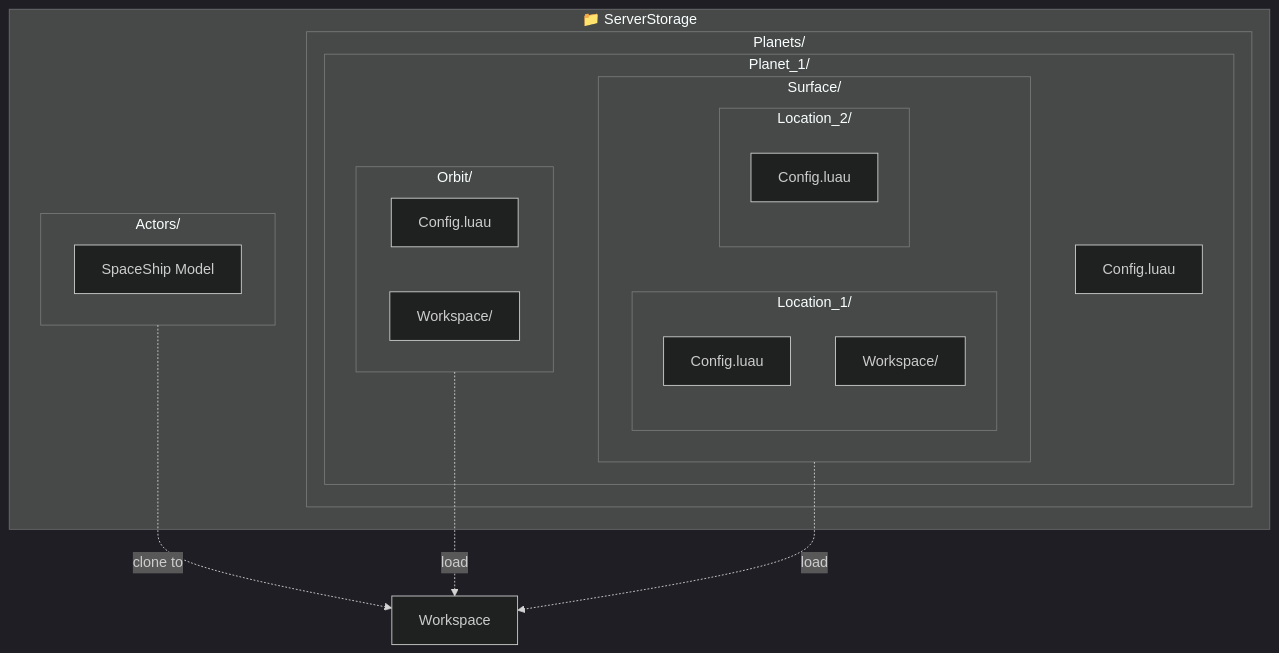
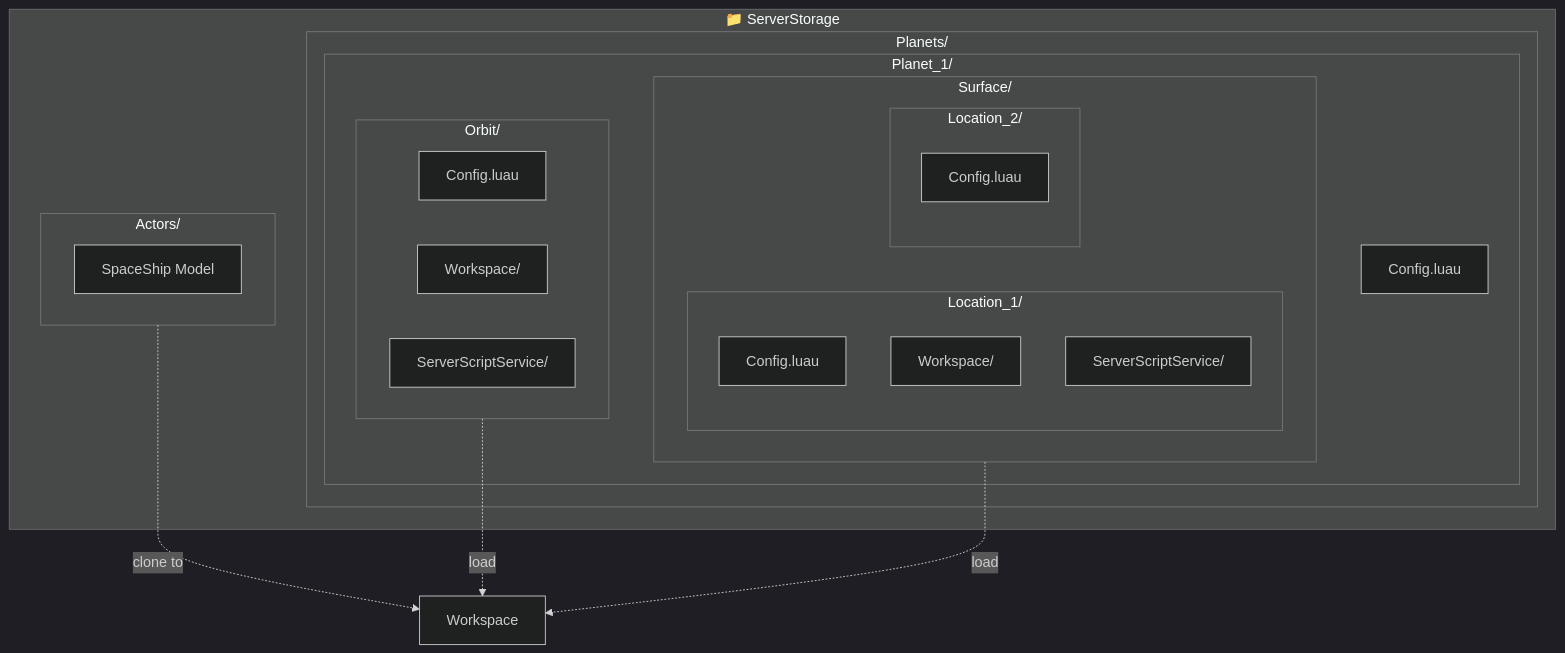
One commit to nick-fedchik/CallOfRelics changed the fifth of 11 diagrams in Docs/TechDesign/FOLDER_STRUCTURE.md. Above: the diagram before and after it, drawn with Mermaid (dark theme). The commit also changed other lines of this file and 2 other files, not shown here.

````diff
--- a/Docs/TechDesign/FOLDER_STRUCTURE.md
+++ b/Docs/TechDesign/FOLDER_STRUCTURE.md
@@ -241,33 +241,35 @@
 ```mermaid
 flowchart TB
     subgraph SS["📁 ServerStorage"]
         subgraph Actors["Actors/"]
             Ship[SpaceShip Model]
         end
 
         subgraph Planets["Planets/"]
             subgraph P1["Planet_1/"]
                 PC[Config.luau]
 
                 subgraph Orbit["Orbit/"]
                     OC[Config.luau]
                     OW[Workspace/]
+                    OSSS[ServerScriptService/]
                 end
 
                 subgraph Surface["Surface/"]
                     subgraph L1["Location_1/"]
                         L1C[Config.luau]
                         L1W[Workspace/]
+                        L1SSS[ServerScriptService/]
                     end
                     subgraph L2["Location_2/"]
                         L2C[Config.luau]
                     end
                 end
             end
         end
     end
 
     Actors -.->|clone to| Workspace
     Orbit -.->|load| Workspace
     Surface -.->|load| Workspace
 ```
````
